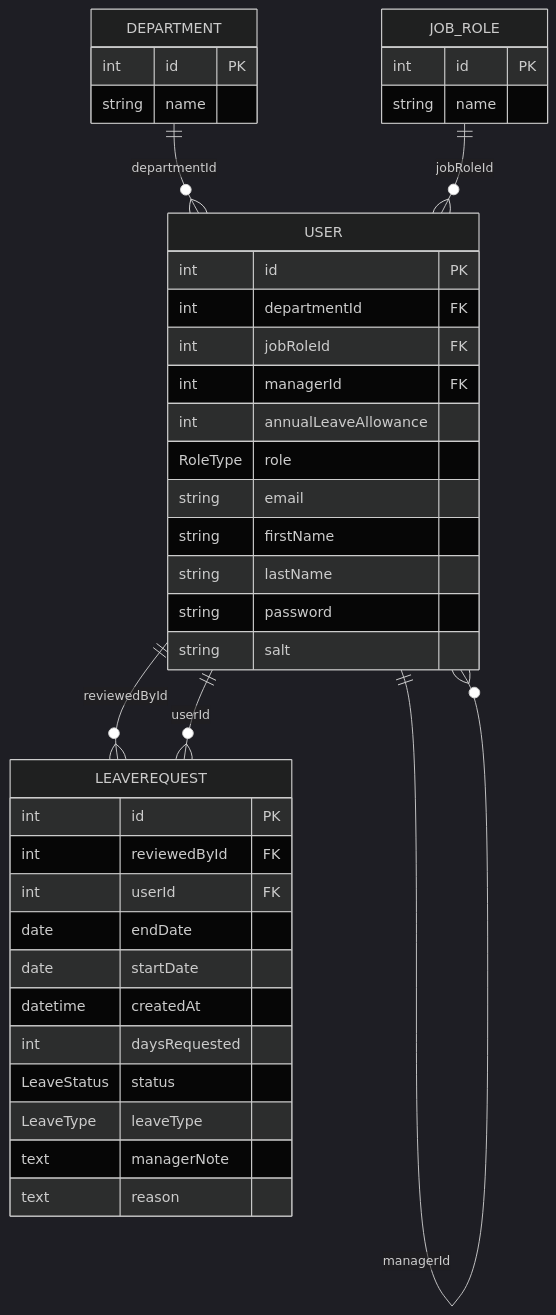
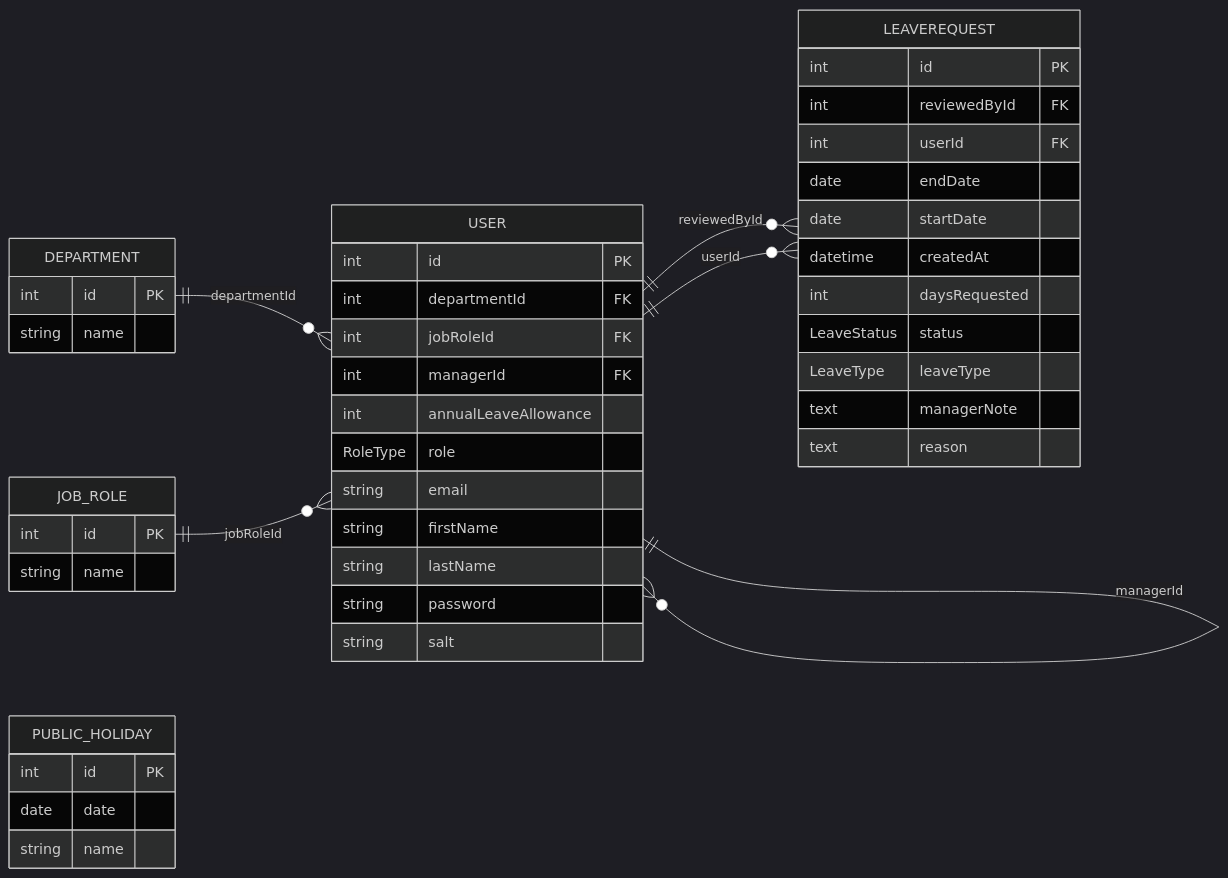
One commit to kxvassiliou0/leave-booking-system changed the diagram in erd.mmd. Above: the diagram before and after it, drawn with Mermaid (dark theme). The commit also changed 1 other file, not shown here.

Commit message:
new postman collection for demo and updated erd

```diff
--- a/erd.mmd
+++ b/erd.mmd
@@ -1,40 +1,46 @@
 erDiagram
+direction LR
     JOB_ROLE {
         int id PK
         string name
     }
     DEPARTMENT {
         int id PK
         string name
     }
     USER {
         int id PK
         int departmentId FK
         int jobRoleId FK
         int managerId FK
         int annualLeaveAllowance
         RoleType role
         string email
         string firstName
         string lastName
         string password
         string salt
     }
     LEAVEREQUEST {
         int id PK
         int reviewedById FK
         int userId FK
         date endDate
         date startDate
         datetime createdAt
         int daysRequested
         LeaveStatus status
         LeaveType leaveType
         text managerNote
         text reason
     }
+    PUBLIC_HOLIDAY {
+        int id PK
+        date date
+        string name
+    }
     DEPARTMENT ||--o{ USER : departmentId
     JOB_ROLE ||--o{ USER : jobRoleId
     USER ||--o{ LEAVEREQUEST : reviewedById
     USER ||--o{ LEAVEREQUEST : userId
     USER ||--o{ USER : managerId
```
